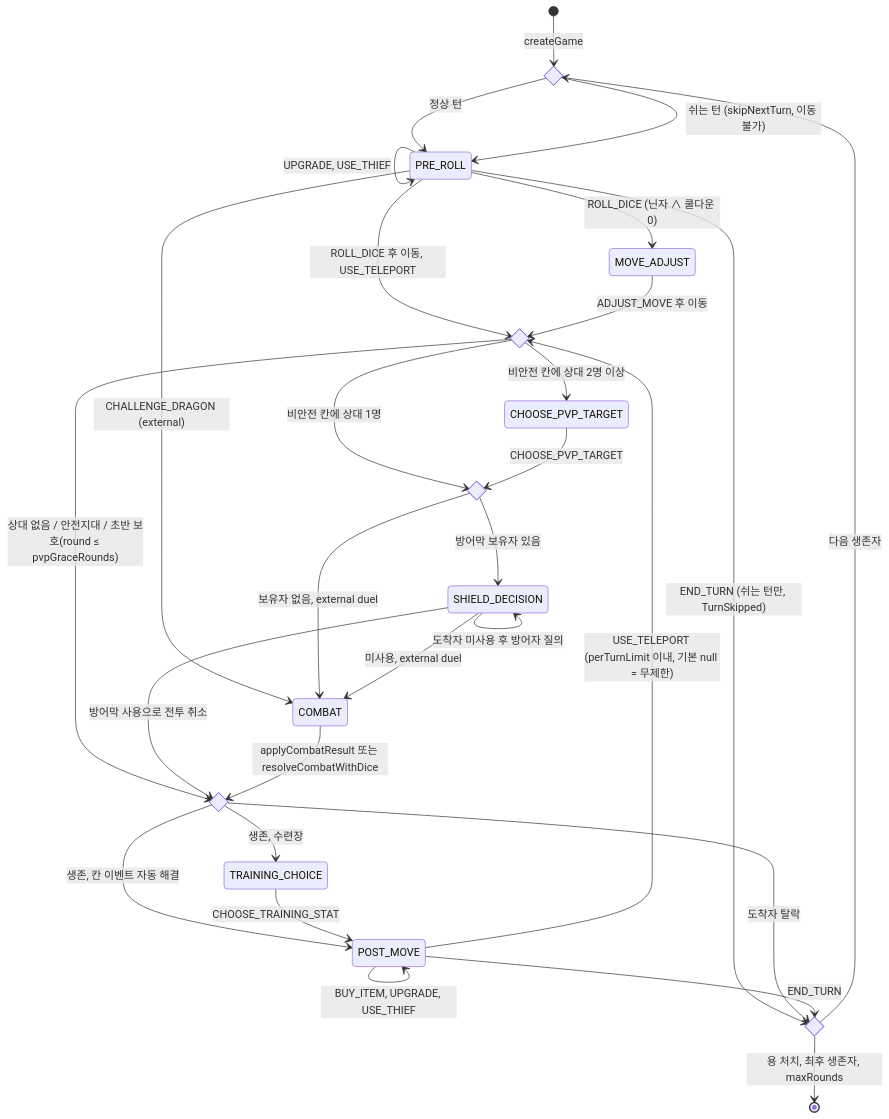
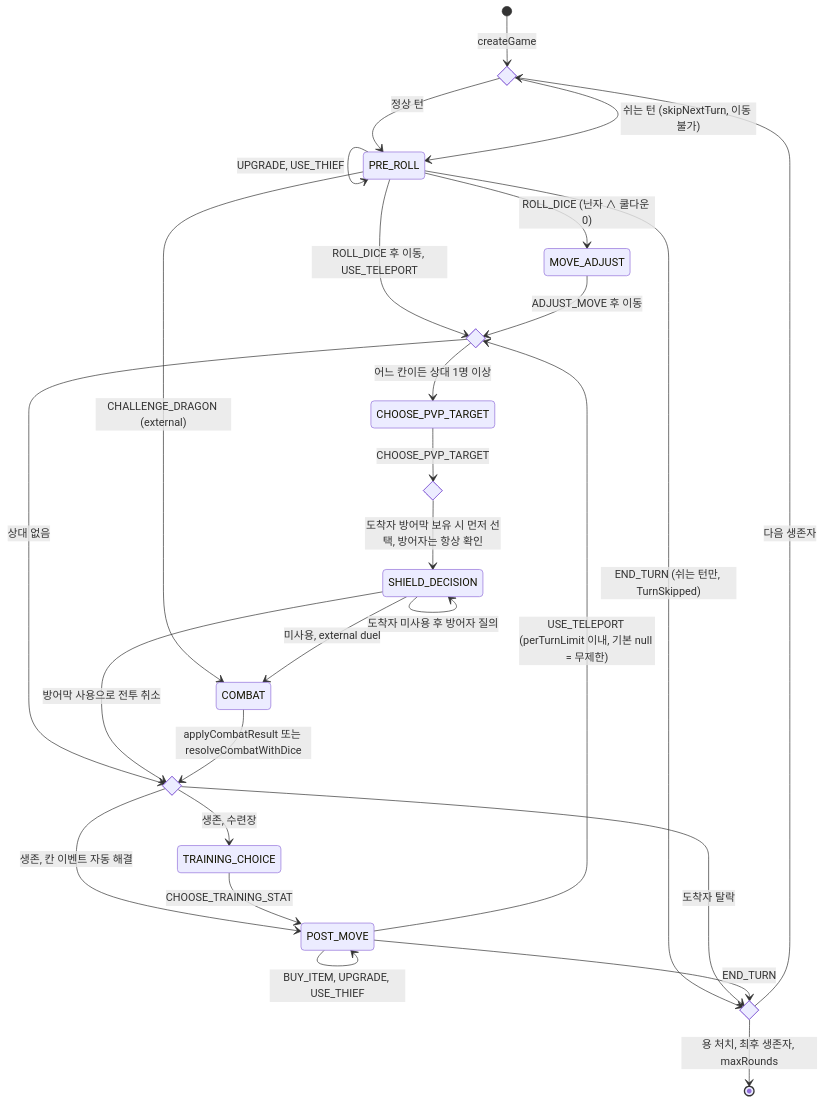
One commit to KR-penguin/Dragon-Rush changed the second of 3 diagrams in docs/architecture.md. Above: the diagram before and after it, drawn with Mermaid. The commit also changed 15 other files, not shown here.

````diff
--- a/docs/architecture.md
+++ b/docs/architecture.md
@@ -91,36 +91,34 @@
 ```mermaid
 stateDiagram-v2
   state turnStart <<choice>>
   state landing <<choice>>
   state shieldCheck <<choice>>
   state afterCombat <<choice>>
   state turnEnd <<choice>>
   [*] --> turnStart : createGame
   turnStart --> PRE_ROLL : 정상 턴
   turnStart --> PRE_ROLL : 쉬는 턴 (skipNextTurn, 이동 불가)
   PRE_ROLL --> turnEnd : END_TURN (쉬는 턴만, TurnSkipped)
   PRE_ROLL --> PRE_ROLL : UPGRADE, USE_THIEF
   PRE_ROLL --> MOVE_ADJUST : ROLL_DICE (닌자 ∧ 쿨다운 0)
   PRE_ROLL --> landing : ROLL_DICE 후 이동, USE_TELEPORT
   PRE_ROLL --> COMBAT : CHALLENGE_DRAGON (external)
   MOVE_ADJUST --> landing : ADJUST_MOVE 후 이동
-  landing --> CHOOSE_PVP_TARGET : 비안전 칸에 상대 2명 이상
-  landing --> shieldCheck : 비안전 칸에 상대 1명
-  landing --> afterCombat : 상대 없음 / 안전지대 / 초반 보호(round ≤ pvpGraceRounds)
+  landing --> CHOOSE_PVP_TARGET : 어느 칸이든 상대 1명 이상
+  landing --> afterCombat : 상대 없음
   CHOOSE_PVP_TARGET --> shieldCheck : CHOOSE_PVP_TARGET
-  shieldCheck --> SHIELD_DECISION : 방어막 보유자 있음
-  shieldCheck --> COMBAT : 보유자 없음, external duel
+  shieldCheck --> SHIELD_DECISION : 도착자 방어막 보유 시 먼저 선택, 방어자는 항상 확인
   SHIELD_DECISION --> SHIELD_DECISION : 도착자 미사용 후 방어자 질의
   SHIELD_DECISION --> COMBAT : 미사용, external duel
   SHIELD_DECISION --> afterCombat : 방어막 사용으로 전투 취소
   COMBAT --> afterCombat : applyCombatResult 또는 resolveCombatWithDice
   afterCombat --> turnEnd : 도착자 탈락
   afterCombat --> TRAINING_CHOICE : 생존, 수련장
   afterCombat --> POST_MOVE : 생존, 칸 이벤트 자동 해결
   TRAINING_CHOICE --> POST_MOVE : CHOOSE_TRAINING_STAT
   POST_MOVE --> POST_MOVE : BUY_ITEM, UPGRADE, USE_THIEF
   POST_MOVE --> landing : USE_TELEPORT (perTurnLimit 이내, 기본 null = 무제한)
   POST_MOVE --> turnEnd : END_TURN
   turnEnd --> turnStart : 다음 생존자
   turnEnd --> [*] : 용 처치, 최후 생존자, maxRounds
 ```
````
